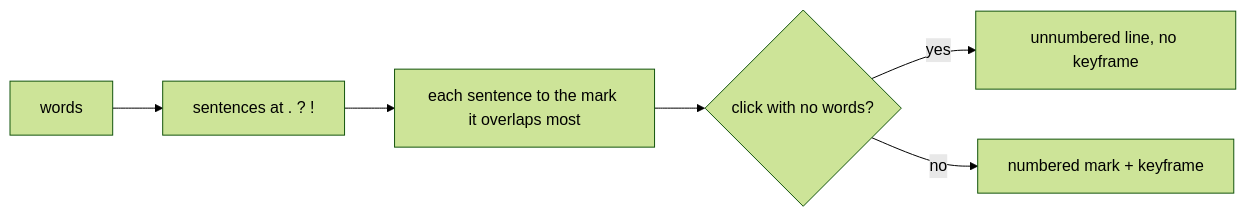
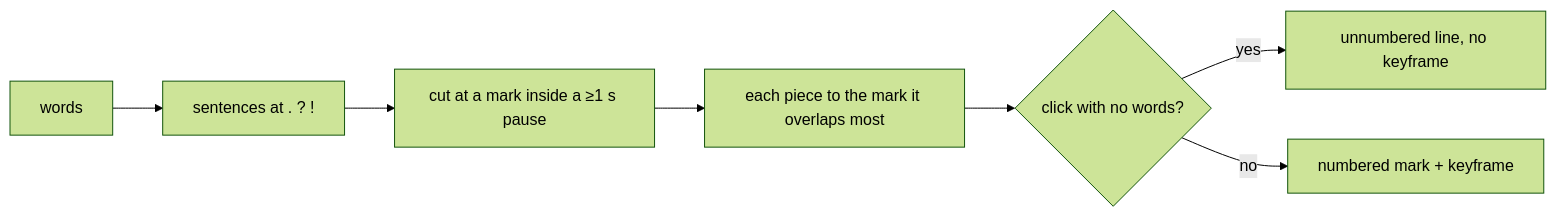
One commit to BilalIrfanContact/sketchnote changed the diagram in docs/build-journal/2026-10-21-whole-sentence-notes.md. Above: the diagram before and after it, drawn with Mermaid (forest theme). The commit also changed other lines of this file and 2 other files, not shown here.

Commit message:
Split a sentence at a mark where you paused, so pointing while talking maps one phrase per mark

````diff
--- a/docs/build-journal/2026-10-21-whole-sentence-notes.md
+++ b/docs/build-journal/2026-10-21-whole-sentence-notes.md
@@ -21,8 +21,9 @@
 ```mermaid
 flowchart LR
     W[words] --> S[sentences at . ? !]
-    S --> A[each sentence to the mark it overlaps most]
+    S --> P[cut at a mark inside a ≥1 s pause]
+    P --> A[each piece to the mark it overlaps most]
     A --> N{click with no words?}
     N -- yes --> U["unnumbered line, no keyframe"]
     N -- no --> M[numbered mark + keyframe]
 ```
````
